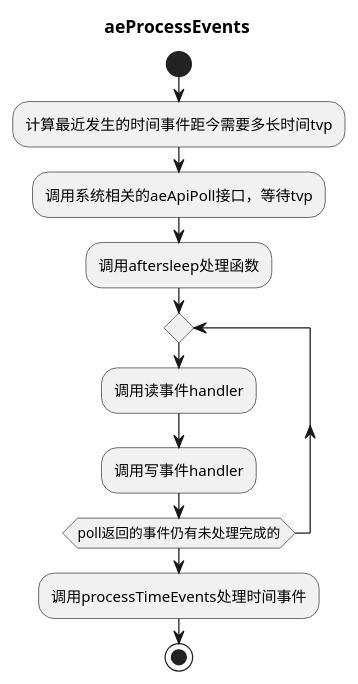
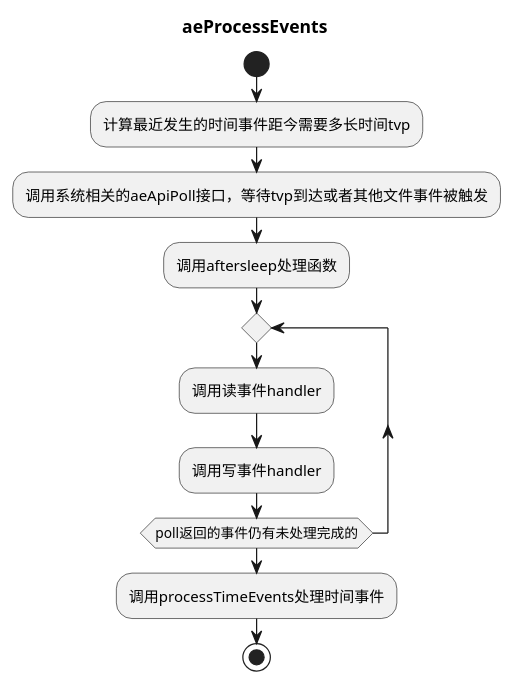
The diagram in site/content/post/redis/eventloop.md (er1c-zh/blog), drawn with PlantUML before and after one commit. The commit also changed other lines of this file, not shown here.

````diff
--- a/site/content/post/redis/eventloop.md
+++ b/site/content/post/redis/eventloop.md
@@ -179,18 +185,18 @@
-      ```plantuml
-      @startuml
-      title aeProcessEvents
+        ```plantuml
+        @startuml
+        title aeProcessEvents
 
-      start
-      :计算最近发生的时间事件距今需要多长时间tvp;
-      :调用系统相关的aeApiPoll接口，等待tvp;
-      :调用aftersleep处理函数;
+        start
+        :计算最近发生的时间事件距今需要多长时间tvp;
+        :调用系统相关的aeApiPoll接口，等待tvp到达或者其他文件事件被触发;
+        :调用aftersleep处理函数;
 
-      repeat
-      :调用读事件handler;
-      :调用写事件handler;
-      repeat while(poll返回的事件仍有未处理完成的)
+        repeat
+        :调用读事件handler;
+        :调用写事件handler;
+        repeat while(poll返回的事件仍有未处理完成的)
 
-      :调用processTimeEvents处理时间事件;
-      stop
-      @enduml
-      ```
+        :调用processTimeEvents处理时间事件;
+        stop
+        @enduml
+        ```
````
